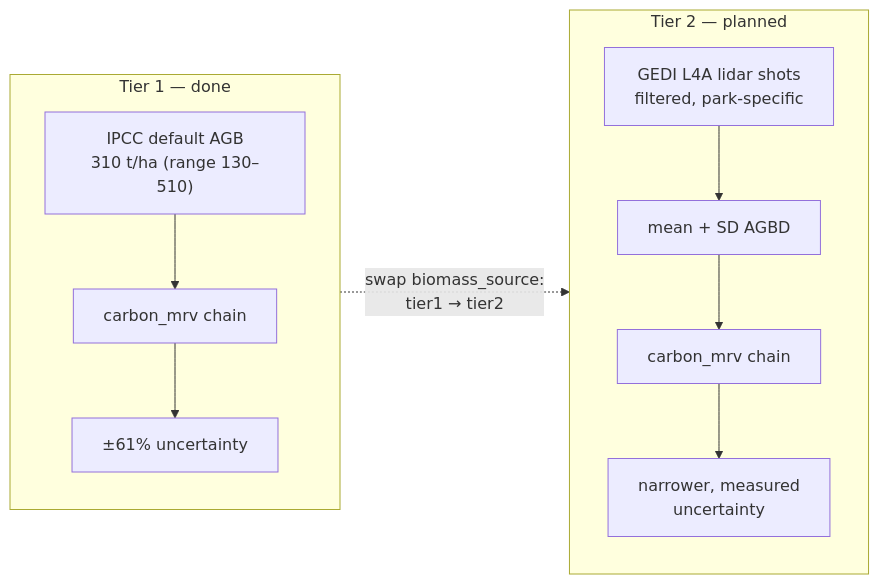
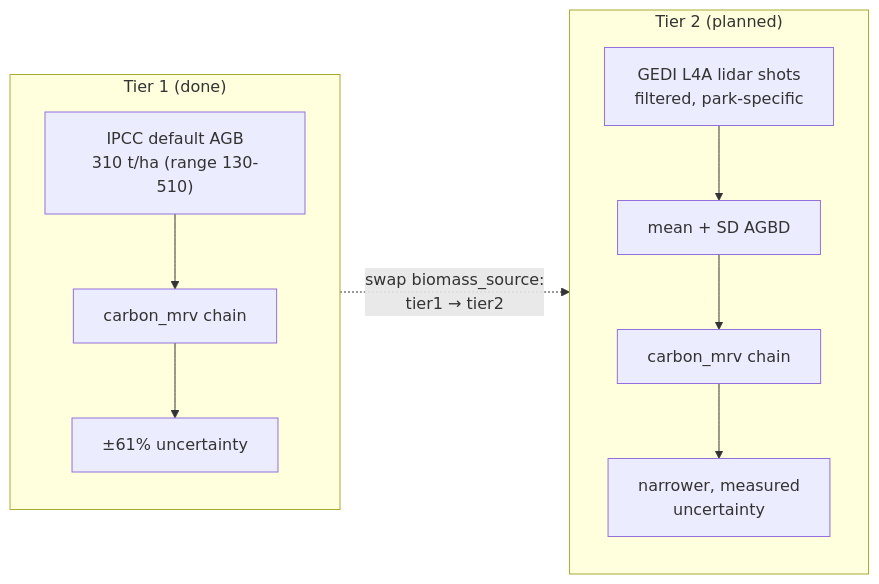
One commit to joenewton10/kakum-carbon-mrv changed the diagram in ROADMAP.md. Above: the diagram before and after it, drawn with Mermaid. The commit also changed other lines of this file and 5 other files, not shown here.

````diff
--- a/ROADMAP.md
+++ b/ROADMAP.md
@@ -20,17 +20,17 @@
 ```mermaid
 flowchart LR
-    subgraph T1["Tier 1 — done"]
+    subgraph T1["Tier 1 (done)"]
         direction TB
-        A1["IPCC default AGB<br/>310 t/ha (range 130–510)"]
+        A1["IPCC default AGB<br/>310 t/ha (range 130-510)"]
         A1 --> B1["carbon_mrv chain"]
         B1 --> C1["±61% uncertainty"]
     end
-    subgraph T2["Tier 2 — planned"]
+    subgraph T2["Tier 2 (planned)"]
         direction TB
         A2["GEDI L4A lidar shots<br/>filtered, park-specific"]
         A2 --> B2["mean + SD AGBD"]
         B2 --> C2["carbon_mrv chain"]
         C2 --> D2["narrower, measured<br/>uncertainty"]
     end
     T1 -. "swap biomass_source:<br/>tier1 → tier2" .-> T2
 ```
````
